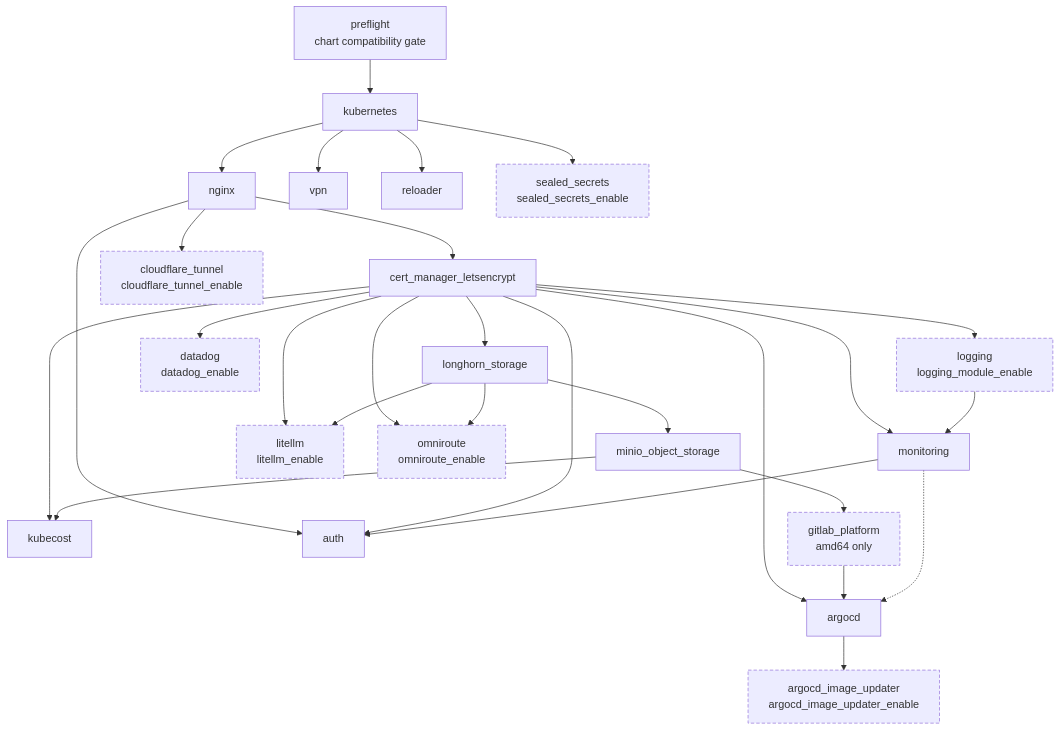
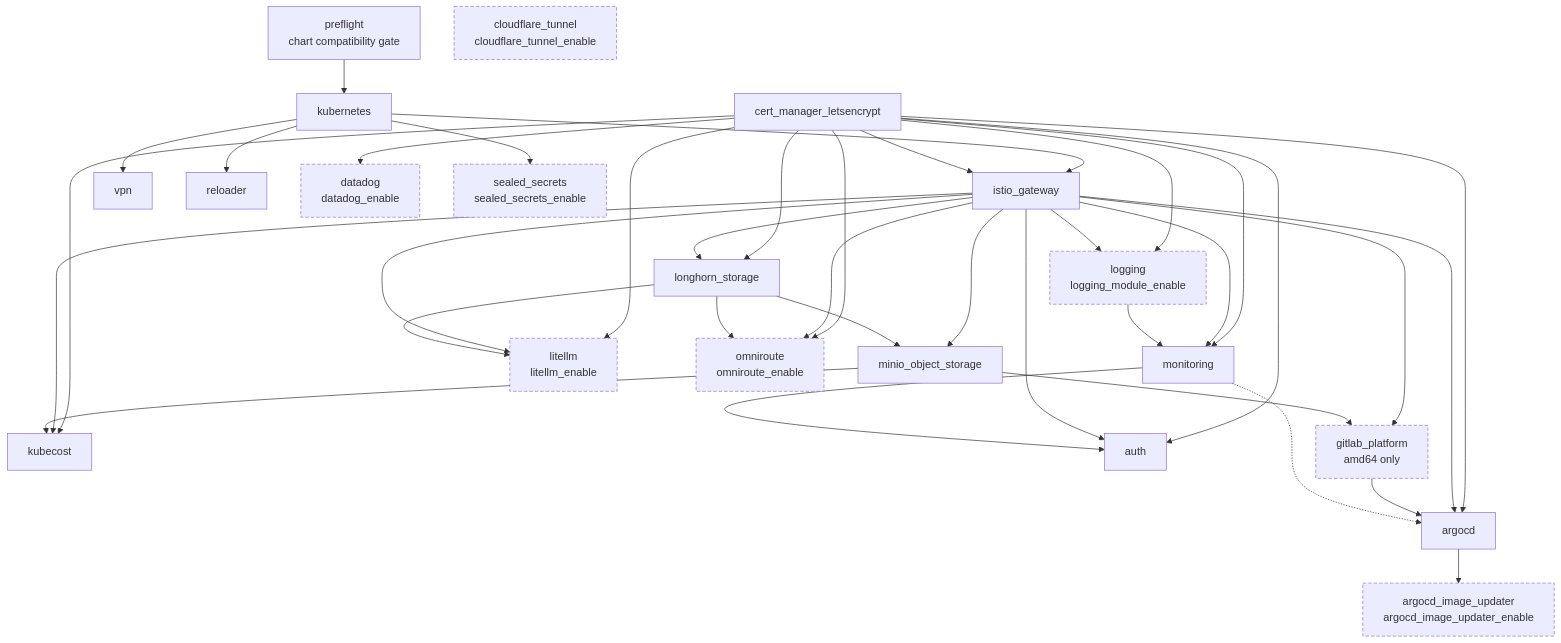
The diagram in docs/stage2/dependency-graph.md (chrisleekr/homelab-infrastructure), drawn with Mermaid before and after one commit. The commit also changed other lines of this file and 143 other files, not shown here.

Commit message:
feat(stage2): migrate nginx-ingress to Istio Gateway API (#119)

````diff
--- a/docs/stage2/dependency-graph.md
+++ b/docs/stage2/dependency-graph.md
@@ -9,53 +9,61 @@
 ```mermaid
 flowchart TD
     preflight["preflight<br/>chart compatibility gate"]
     kubernetes["kubernetes"]
-    nginx["nginx"]
+    istiogw["istio_gateway"]
     certmanager["cert_manager_letsencrypt"]
     longhorn["longhorn_storage"]
     minio["minio_object_storage"]
     monitoring["monitoring"]
     kubecost["kubecost"]
     auth["auth"]
     argocd["argocd"]
     vpn["vpn"]
     reloader["reloader"]
     gitlab["gitlab_platform<br/>amd64 only"]:::optional
     logging["logging<br/>logging_module_enable"]:::optional
     cloudflare["cloudflare_tunnel<br/>cloudflare_tunnel_enable"]:::optional
     updater["argocd_image_updater<br/>argocd_image_updater_enable"]:::optional
     datadog["datadog<br/>datadog_enable"]:::optional
     sealed["sealed_secrets<br/>sealed_secrets_enable"]:::optional
     litellm["litellm<br/>litellm_enable"]:::optional
     omniroute["omniroute<br/>omniroute_enable"]:::optional
 
     preflight --> kubernetes
-    kubernetes --> nginx
+    kubernetes --> istiogw
     kubernetes --> vpn
     kubernetes --> reloader
     kubernetes --> sealed
-    nginx --> certmanager
-    nginx --> cloudflare
-    nginx --> auth
+    certmanager --> istiogw
     certmanager --> longhorn
     certmanager --> logging
     certmanager --> monitoring
     certmanager --> kubecost
     certmanager --> datadog
     certmanager --> auth
     certmanager --> litellm
     certmanager --> omniroute
     certmanager --> argocd
+    istiogw --> auth
+    istiogw --> longhorn
+    istiogw --> minio
+    istiogw --> monitoring
+    istiogw --> kubecost
+    istiogw --> gitlab
+    istiogw --> argocd
+    istiogw --> logging
+    istiogw --> litellm
+    istiogw --> omniroute
     longhorn --> minio
     longhorn --> litellm
     longhorn --> omniroute
     minio --> gitlab
     minio --> kubecost
     logging --> monitoring
     monitoring --> auth
     gitlab --> argocd
     monitoring -.-> argocd
     argocd --> updater
 
     classDef optional stroke-dasharray:5 3
 ```
````
